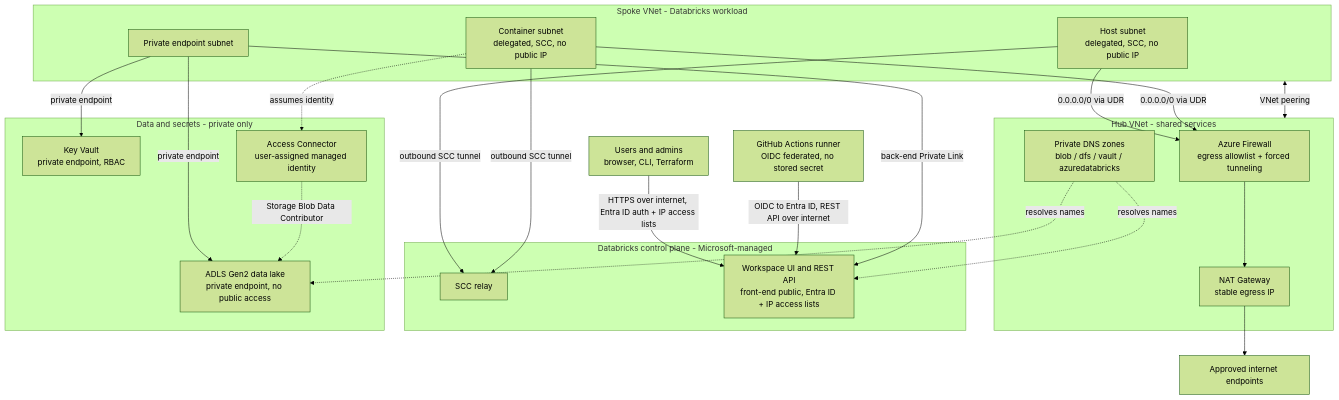
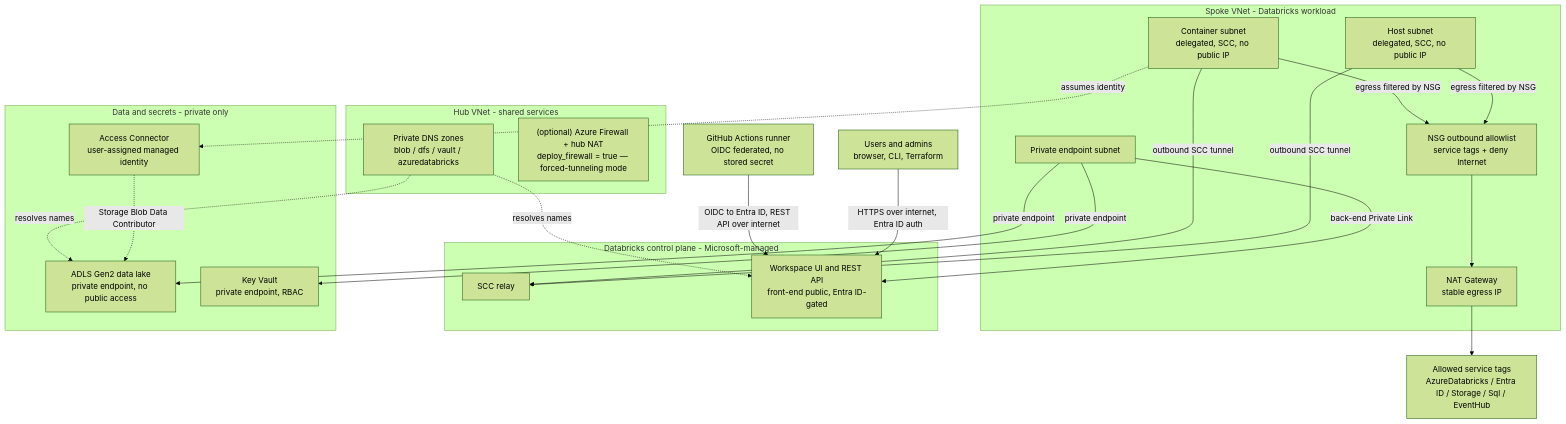
The diagram in terraform/azure/databricks/docs/architecture/azure-platform-architecture.md (Sushruth-TechFabric/InfrastructureProjects), drawn with Mermaid (forest theme) before and after one commit. The commit also changed other lines of this file and 89 other files, not shown here.

````diff
--- a/terraform/azure/databricks/docs/architecture/azure-platform-architecture.md
+++ b/terraform/azure/databricks/docs/architecture/azure-platform-architecture.md
@@ -327,46 +361,46 @@
 ```mermaid
 flowchart TB
   users["Users and admins<br/>browser, CLI, Terraform"]
   gha["GitHub Actions runner<br/>OIDC federated, no stored secret"]
 
   subgraph hub["Hub VNet - shared services"]
-    fw["Azure Firewall<br/>egress allowlist + forced tunneling"]
-    nat["NAT Gateway<br/>stable egress IP"]
     pdns["Private DNS zones<br/>blob / dfs / vault / azuredatabricks"]
+    fw["(optional) Azure Firewall + hub NAT<br/>deploy_firewall = true — forced-tunneling mode"]
   end
 
   subgraph spoke["Spoke VNet - Databricks workload"]
     host["Host subnet<br/>delegated, SCC, no public IP"]
     cont["Container subnet<br/>delegated, SCC, no public IP"]
+    nat["NAT Gateway<br/>stable egress IP"]
+    nsg["NSG outbound allowlist<br/>service tags + deny Internet"]
     pe["Private endpoint subnet"]
   end
 
   subgraph cp["Databricks control plane - Microsoft-managed"]
     scc["SCC relay"]
-    uiapi["Workspace UI and REST API<br/>front-end public, Entra ID + IP access lists"]
+    uiapi["Workspace UI and REST API<br/>front-end public, Entra ID-gated"]
   end
 
   subgraph data["Data and secrets - private only"]
     adls["ADLS Gen2 data lake<br/>private endpoint, no public access"]
     kv["Key Vault<br/>private endpoint, RBAC"]
     ac["Access Connector<br/>user-assigned managed identity"]
   end
 
-  approved["Approved internet endpoints"]
+  approved["Allowed service tags<br/>AzureDatabricks / Entra ID / Storage / Sql / EventHub"]
 
-  users -->|HTTPS over internet, Entra ID auth + IP access lists| uiapi
+  users -->|HTTPS over internet, Entra ID auth| uiapi
   gha -->|OIDC to Entra ID, REST API over internet| uiapi
   host -->|outbound SCC tunnel| scc
   cont -->|outbound SCC tunnel| scc
-  host -->|0.0.0.0/0 via UDR| fw
-  cont -->|0.0.0.0/0 via UDR| fw
-  fw --> nat --> approved
+  host -->|egress filtered by NSG| nsg
+  cont -->|egress filtered by NSG| nsg
+  nsg --> nat --> approved
   pe -->|back-end Private Link| uiapi
   pe -->|private endpoint| adls
   pe -->|private endpoint| kv
   ac -.Storage Blob Data Contributor.-> adls
   cont -.assumes identity.-> ac
-  spoke <-->|VNet peering| hub
   pdns -.resolves names.-> adls
   pdns -.resolves names.-> uiapi
 ```
````
